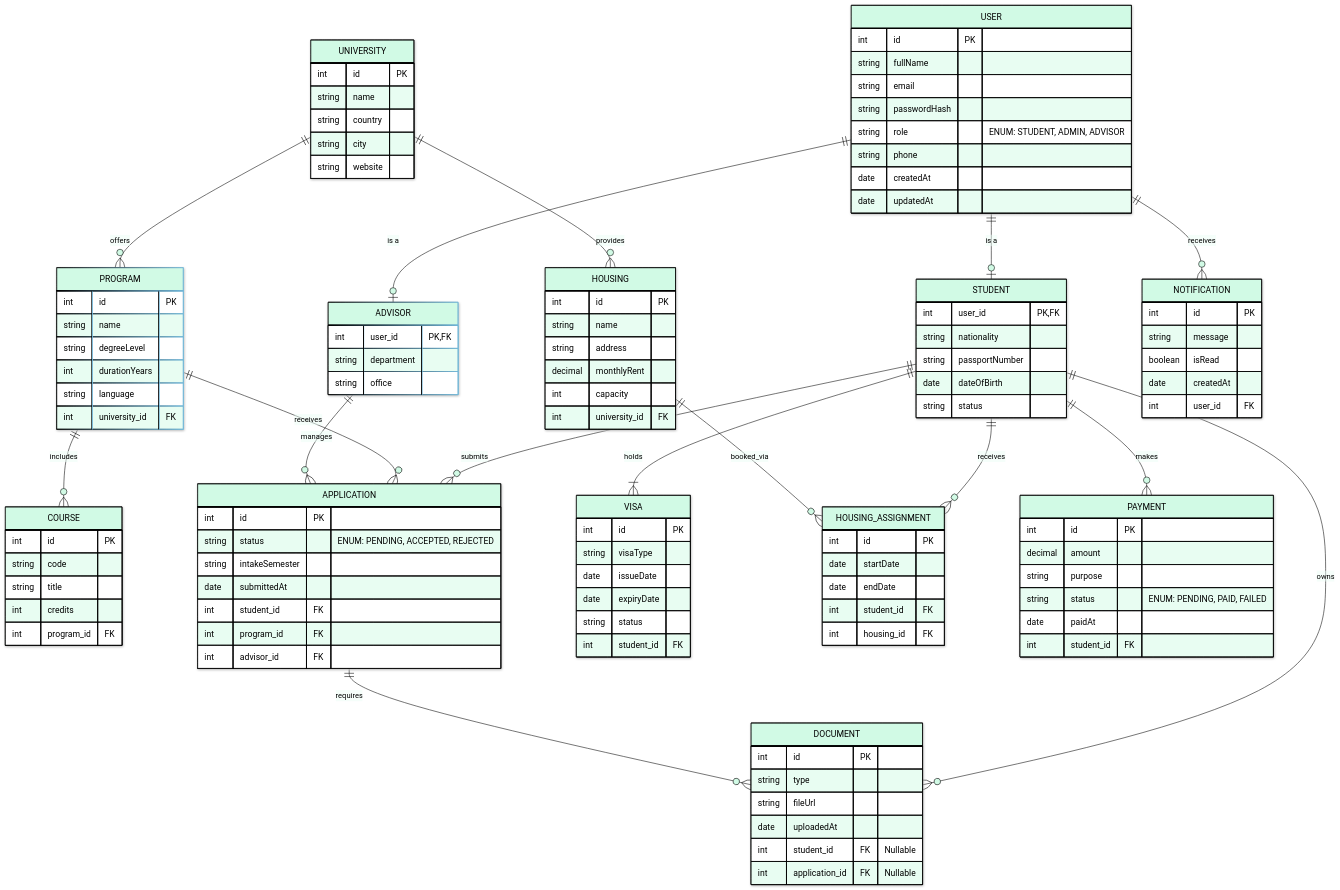
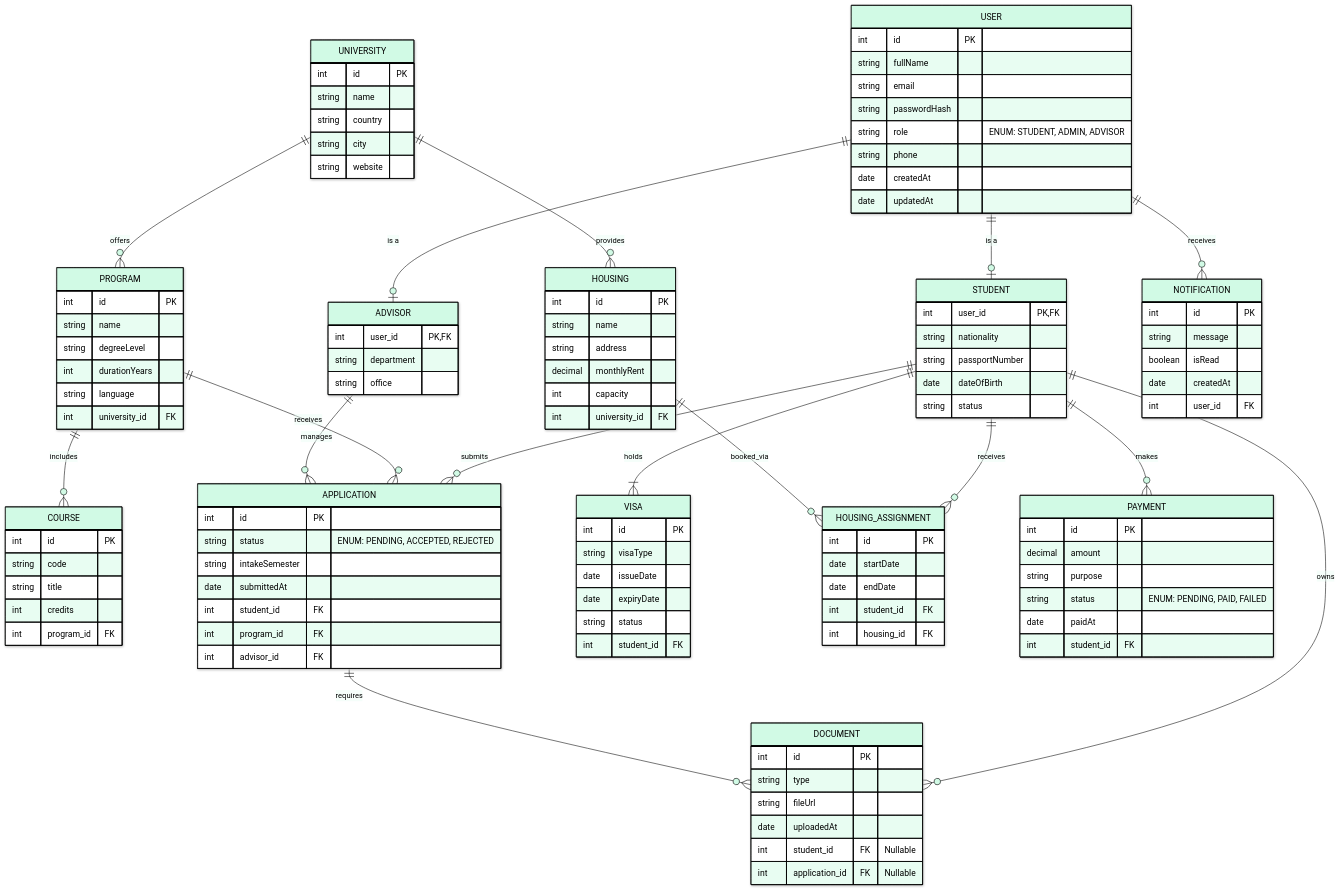
One commit to hajrdorm28/Uni-system-For-International-Students changed the fourth of 4 diagrams in README.md. Above: the diagram before and after it, drawn with Mermaid. The commit also changed other lines of this file, not shown here.

Commit message:
Add User class and update styles in README

````diff
--- a/README.md
+++ b/README.md
@@ -772,6 +773,9 @@
 	style HOUSING stroke:#000000
 	style HOUSING_ASSIGNMENT stroke:#000000
 	style PAYMENT stroke:#000000
-	style NOTIFICATION stroke:#000000
+	style ADVISOR stroke:#000000
+    style PROGRAM stroke:#000000
+    style NOTIFICATION stroke:#000000
+    
 
 ```
````
